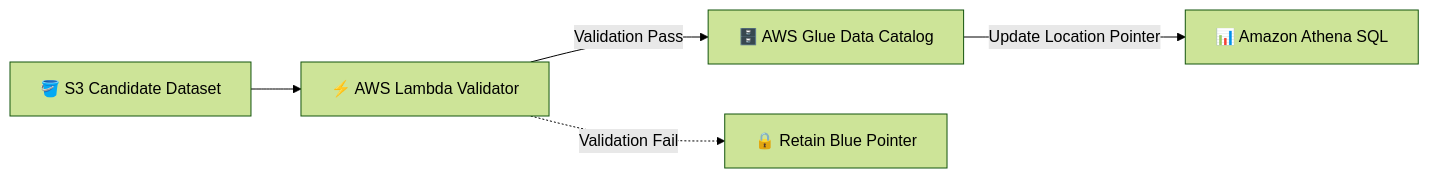
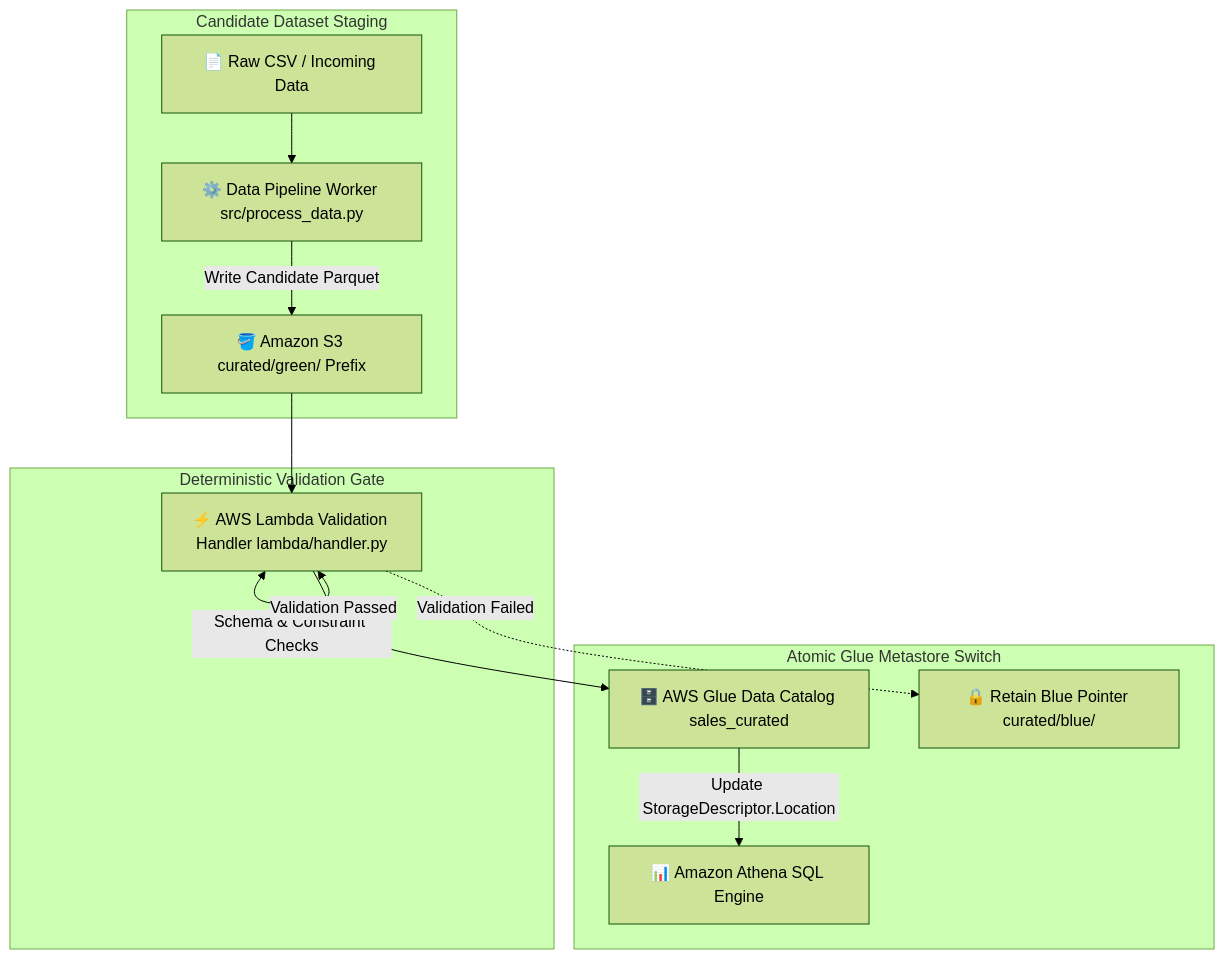
Before and after one commit to sanmathik8/Dataflip: the diagram in README.md, drawn with Mermaid (forest theme). The commit also changed other lines of this file, not shown here.

Commit message:
Docs: Expand DataFlip README with deep technical workflow and directory tree

````diff
--- a/README.md
+++ b/README.md
@@ -17,7 +30,18 @@
 ```mermaid
-flowchart LR
-    A[🪣 S3 Candidate Dataset] --> B[⚡ AWS Lambda Validator]
-    B -->|Validation Pass| C[🗄️ AWS Glue Data Catalog]
-    C -->|Update Location Pointer| D[📊 Amazon Athena SQL]
-    B -.->|Validation Fail| E[🔒 Retain Blue Pointer]
+flowchart TD
+    subgraph Staging_Layer [Candidate Dataset Staging]
+        A[📄 Raw CSV / Incoming Data] --> B[⚙️ Data Pipeline Worker src/process_data.py]
+        B -->|Write Candidate Parquet| C[🪣 Amazon S3 curated/green/ Prefix]
+    end
+
+    subgraph Validation_Layer [Deterministic Validation Gate]
+        C --> D[⚡ AWS Lambda Validation Handler lambda/handler.py]
+        D <-->|Schema & Constraint Checks| D
+    end
+
+    subgraph Metadata_Switch_Layer [Atomic Glue Metastore Switch]
+        D -->|Validation Passed| E[🗄️ AWS Glue Data Catalog sales_curated]
+        E -->|Update StorageDescriptor.Location| F[📊 Amazon Athena SQL Engine]
+        D -.->|Validation Failed| G[🔒 Retain Blue Pointer curated/blue/]
+    end
 ```
````
